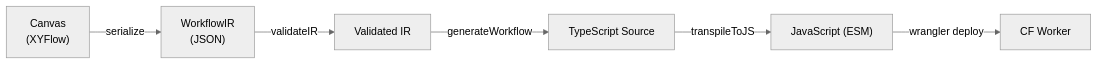
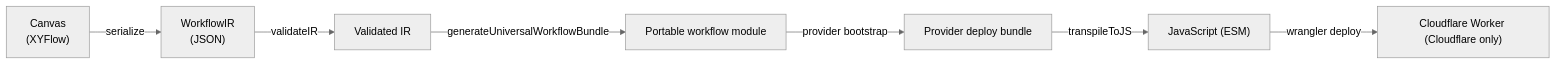
Before and after one commit to awaitstep/awaitstep: the diagram in apps/docs/concepts/compilation.md, drawn with Mermaid (neutral theme). The commit also changed other lines of this file and 219 other files, not shown here.

````diff
--- a/apps/docs/concepts/compilation.md
+++ b/apps/docs/concepts/compilation.md
@@ -7,8 +7,9 @@
 ```mermaid
 graph LR
     A["Canvas<br/>(XYFlow)"] -->|serialize| B["WorkflowIR<br/>(JSON)"]
     B -->|validateIR| C["Validated IR"]
-    C -->|generateWorkflow| D["TypeScript Source"]
-    D -->|transpileToJS| E["JavaScript (ESM)"]
-    E -->|wrangler deploy| F["CF Worker"]
+    C -->|generateUniversalWorkflowBundle| D["Portable workflow module"]
+    D -->|provider bootstrap| D2["Provider deploy bundle"]
+    D2 -->|transpileToJS| E["JavaScript (ESM)"]
+    E -->|wrangler deploy| F["Cloudflare Worker (Cloudflare only)"]
 ```
````
